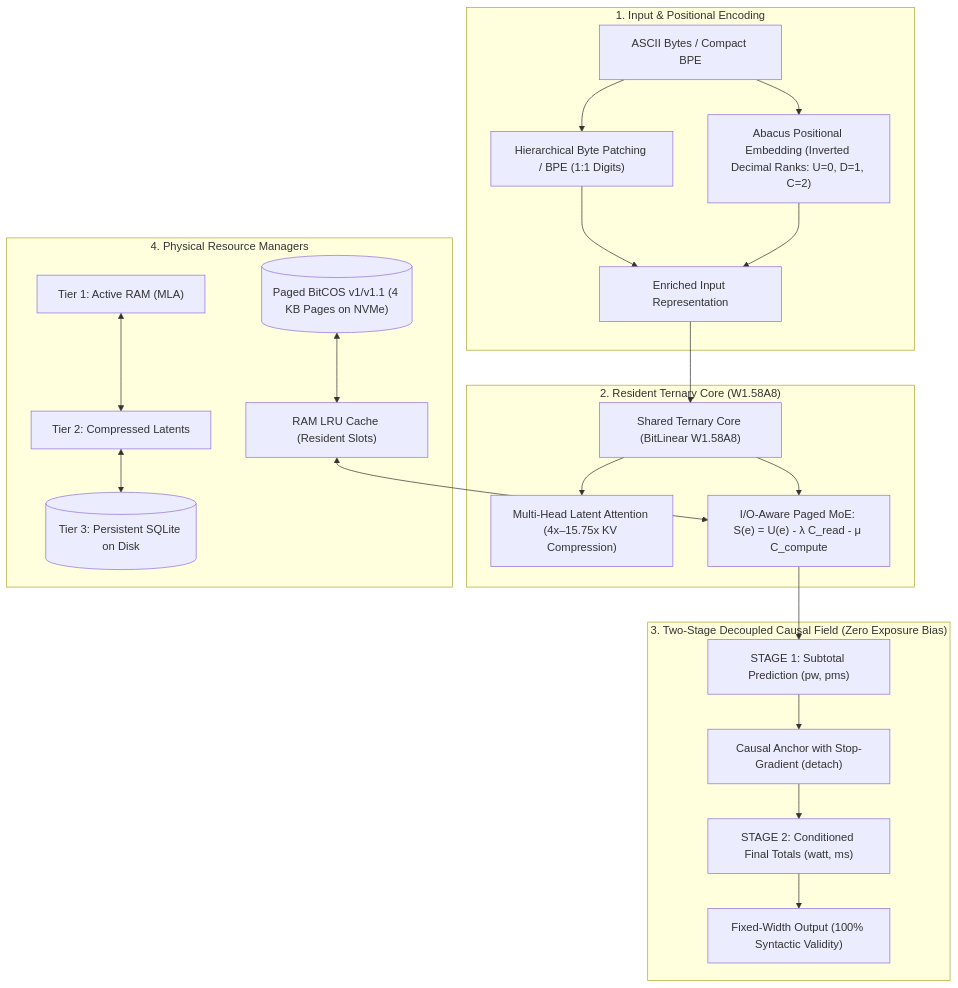
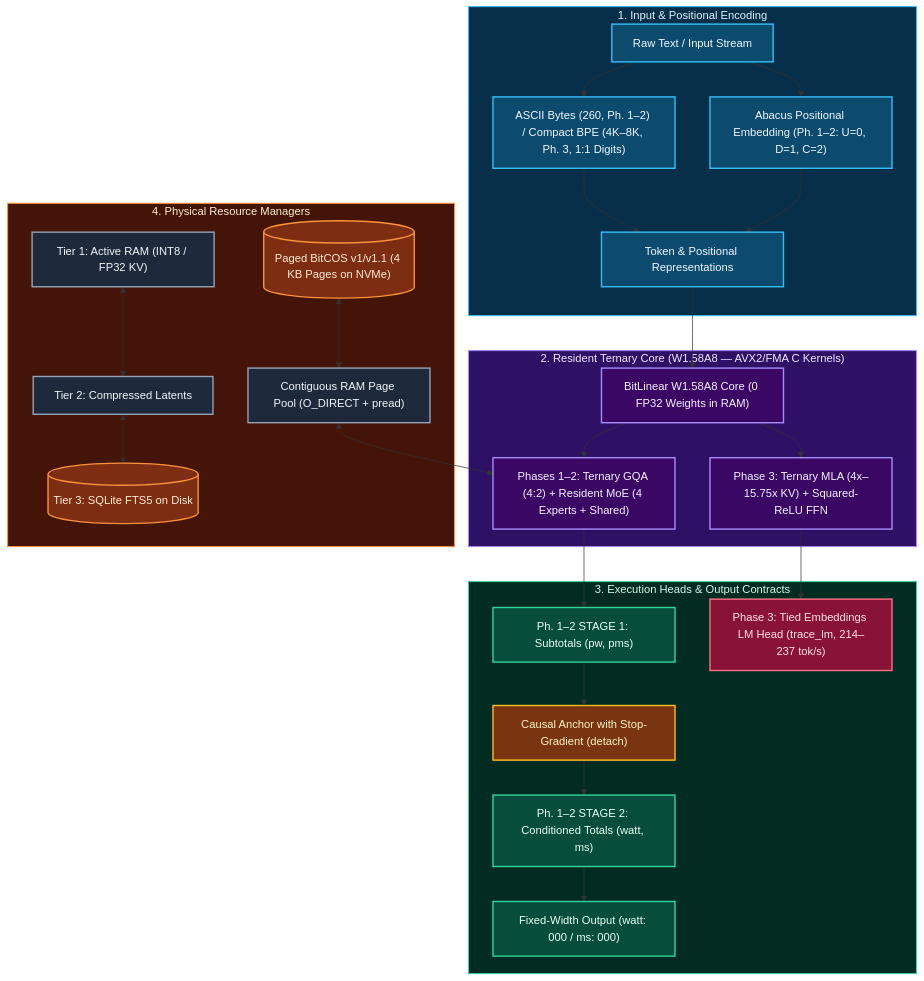
The diagram in README.md (Miguel19x/Basic-Lite-TRACE), drawn with Mermaid before and after one commit. The commit also changed 3 other files, not shown here.

Commit message:
docs(readme): align architecture diagram with codebase, add color palette and dark-theme training curve SVGs

````diff
--- a/README.md
+++ b/README.md
@@ -94,27 +94,41 @@
 ```mermaid
 flowchart TD
     subgraph InputStage ["1. Input & Positional Encoding"]
-        RawBytes["ASCII Bytes / Compact BPE"] --> BytePatch["Hierarchical Byte Patching / BPE (1:1 Digits)"]
-        RawBytes --> AbacusLayer["Abacus Positional Embedding (Inverted Decimal Ranks: U=0, D=1, C=2)"]
-        BytePatch & AbacusLayer --> CombinedEmbed["Enriched Input Representation"]
+        RawBytes["Raw Text / Input Stream"]:::input --> BytePatch["ASCII Bytes (260, Ph. 1–2) / Compact BPE (4K–8K, Ph. 3, 1:1 Digits)"]:::input
+        RawBytes --> AbacusLayer["Abacus Positional Embedding (Ph. 1–2: U=0, D=1, C=2)"]:::input
+        BytePatch & AbacusLayer --> CombinedEmbed["Token & Positional Representations"]:::input
     end
 
-    subgraph CoreTernary ["2. Resident Ternary Core (W1.58A8)"]
-        CombinedEmbed --> SharedCore["Shared Ternary Core (BitLinear W1.58A8)"]
-        SharedCore --> MLA["Multi-Head Latent Attention (4x–15.75x KV Compression)"]
-        SharedCore --> PagedMoE["I/O-Aware Paged MoE: S(e) = U(e) - λ C_read - μ C_compute"]
+    subgraph CoreTernary ["2. Resident Ternary Core (W1.58A8 — AVX2/FMA C Kernels)"]
+        CombinedEmbed --> SharedCore["BitLinear W1.58A8 Core (0 FP32 Weights in RAM)"]:::core
+        SharedCore --> MLA["Phase 3: Ternary MLA (4x–15.75x KV) + Squared-ReLU FFN"]:::core
+        SharedCore --> PagedMoE["Phases 1–2: Ternary GQA (4:2) + Resident MoE (4 Experts + Shared)"]:::core
     end
 
-    subgraph TwoStageField ["3. Two-Stage Decoupled Causal Field (Zero Exposure Bias)"]
-        PagedMoE --> Stage1["STAGE 1: Subtotal Prediction (pw, pms)"]
-        Stage1 --> CausalAnchor["Causal Anchor with Stop-Gradient (detach)"]
-        CausalAnchor --> Stage2["STAGE 2: Conditioned Final Totals (watt, ms)"]
-        Stage2 --> OutputBytes["Fixed-Width Output (100% Syntactic Validity)"]
+    subgraph TwoStageField ["3. Execution Heads & Output Contracts"]
+        PagedMoE --> Stage1["Ph. 1–2 STAGE 1: Subtotals (pw, pms)"]:::causal
+        Stage1 --> CausalAnchor["Causal Anchor with Stop-Gradient (detach)"]:::gate
+        CausalAnchor --> Stage2["Ph. 1–2 STAGE 2: Conditioned Totals (watt, ms)"]:::causal
+        Stage2 --> OutputBytes["Fixed-Width Output (watt: 000 / ms: 000)"]:::causal
+        MLA --> LMHead["Phase 3: Tied Embeddings LM Head (trace_lm, 214–237 tok/s)"]:::lm
     end
 
     subgraph MemoryHierarchy ["4. Physical Resource Managers"]
-        PagedBitCOS[("Paged BitCOS v1/v1.1 (4 KB Pages on NVMe)")] <--> LRUCache["RAM LRU Cache (Resident Slots)"]
-        LRUCache <--> PagedMoE
-        L1RAM["Tier 1: Active RAM (MLA)"] <--> L2Latent["Tier 2: Compressed Latents"] <--> L3SQLite[("Tier 3: Persistent SQLite on Disk")]
+        PagedBitCOS[("Paged BitCOS v1/v1.1 (4 KB Pages on NVMe)")]:::storage <--> PagePool["Contiguous RAM Page Pool (O_DIRECT + pread)"]:::runtime
+        PagePool <--> PagedMoE
+        L1RAM["Tier 1: Active RAM (INT8 / FP32 KV)"]:::runtime <--> L2Latent["Tier 2: Compressed Latents"]:::runtime <--> L3SQLite[("Tier 3: SQLite FTS5 on Disk")]:::storage
     end
+
+    classDef input fill:#0c4a6e,stroke:#38bdf8,stroke-width:2px,color:#f0f9ff
+    classDef core fill:#3b0764,stroke:#a78bfa,stroke-width:2px,color:#f5f3ff
+    classDef causal fill:#064e3b,stroke:#34d399,stroke-width:2px,color:#ecfdf5
+    classDef gate fill:#78350f,stroke:#fbbf24,stroke-width:2px,color:#fef3c7
+    classDef lm fill:#881337,stroke:#fb7185,stroke-width:2px,color:#ffe4e6
+    classDef runtime fill:#1e293b,stroke:#94a3b8,stroke-width:2px,color:#f1f5f9
+    classDef storage fill:#7c2d12,stroke:#fb923c,stroke-width:2px,color:#ffedd5
+
+    style InputStage fill:#082f49,stroke:#38bdf8,stroke-width:1.5px,color:#e0f2fe
+    style CoreTernary fill:#2e1065,stroke:#a78bfa,stroke-width:1.5px,color:#ede9fe
+    style TwoStageField fill:#022c22,stroke:#34d399,stroke-width:1.5px,color:#d1fae5
+    style MemoryHierarchy fill:#431407,stroke:#fb923c,stroke-width:1.5px,color:#ffedd5
 ```
````
